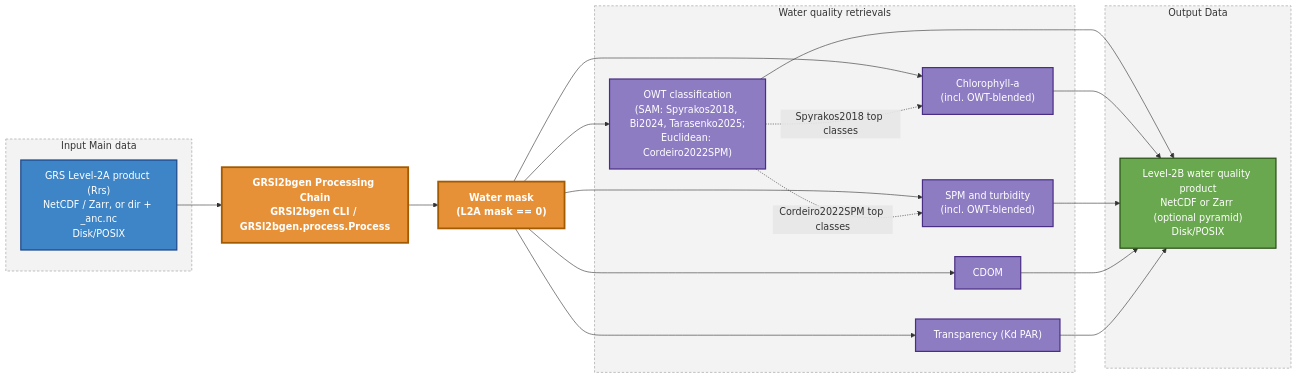
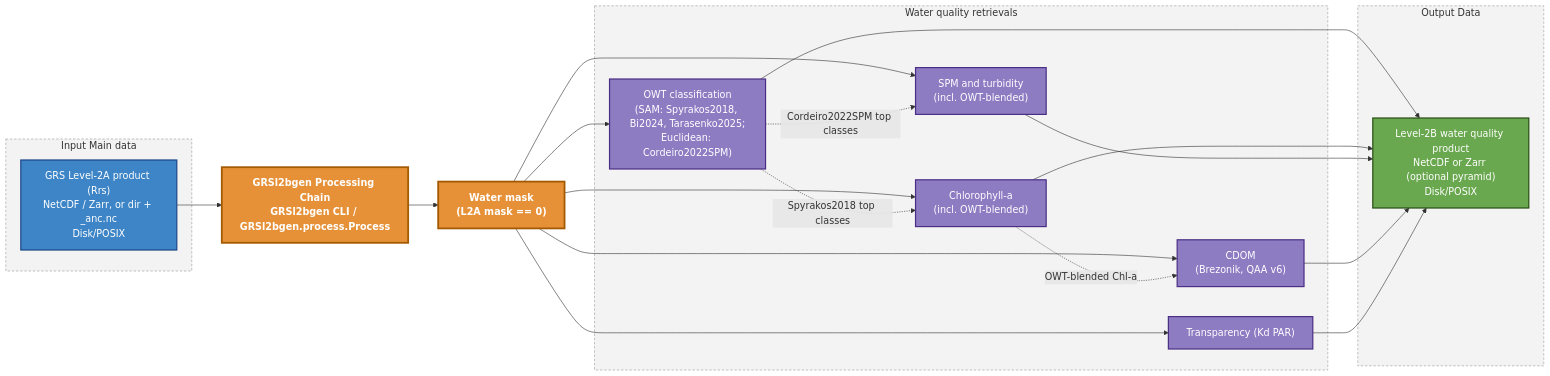
The diagram in docs/source/_diagrams/dataflow.mmd (Tristanovsk/GRSl2bgen), drawn with Mermaid before and after one commit. The commit also changed 4 other files, not shown here.

Commit message:
docs: QAA v6 adg443 product, cdom and utils in the API

```diff
--- a/docs/source/_diagrams/dataflow.mmd
+++ b/docs/source/_diagrams/dataflow.mmd
@@ -1,46 +1,47 @@
 flowchart LR
     subgraph main["Input Main data"]
         IN1["GRS Level-2A product (Rrs)<br/>NetCDF / Zarr, or dir + _anc.nc<br/>Disk/POSIX"]
     end
 
     PROC["GRSl2bgen Processing Chain<br/>GRSl2bgen CLI / GRSl2bgen.process.Process"]
     MASK["Water mask<br/>(L2A mask == 0)"]
 
     subgraph steps["Water quality retrievals"]
         S1["OWT classification<br/>(SAM: Spyrakos2018, Bi2024, Tarasenko2025;<br/>Euclidean: Cordeiro2022SPM)"]
         S2["Chlorophyll-a<br/>(incl. OWT-blended)"]
         S3["SPM and turbidity<br/>(incl. OWT-blended)"]
-        S4["CDOM"]
+        S4["CDOM<br/>(Brezonik, QAA v6)"]
         S5["Transparency (Kd PAR)"]
     end
 
     subgraph out["Output Data"]
         OUT1["Level-2B water quality product<br/>NetCDF or Zarr (optional pyramid)<br/>Disk/POSIX"]
     end
 
     IN1 --> PROC
     PROC --> MASK
     MASK --> S1
     MASK --> S2
     MASK --> S3
     MASK --> S4
     MASK --> S5
     S1 -. "Spyrakos2018 top classes" .-> S2
     S1 -. "Cordeiro2022SPM top classes" .-> S3
+    S2 -. "OWT-blended Chl-a" .-> S4
     S1 --> OUT1
     S2 --> OUT1
     S3 --> OUT1
     S4 --> OUT1
     S5 --> OUT1
 
     classDef mainStyle fill:#3d85c6,stroke:#1c4587,stroke-width:2px,color:#ffffff
     classDef procStyle fill:#e69138,stroke:#a35a00,stroke-width:3px,color:#ffffff,font-weight:bold
     classDef stepStyle fill:#8e7cc3,stroke:#4a2d84,stroke-width:2px,color:#ffffff
     classDef outStyle fill:#6aa84f,stroke:#274e13,stroke-width:2px,color:#ffffff
     classDef groupStyle fill:#f3f3f3,stroke:#999999,stroke-dasharray: 4 3,color:#333333
 
     class IN1 mainStyle
     class PROC,MASK procStyle
     class S1,S2,S3,S4,S5 stepStyle
     class OUT1 outStyle
     class main,steps,out groupStyle
```
